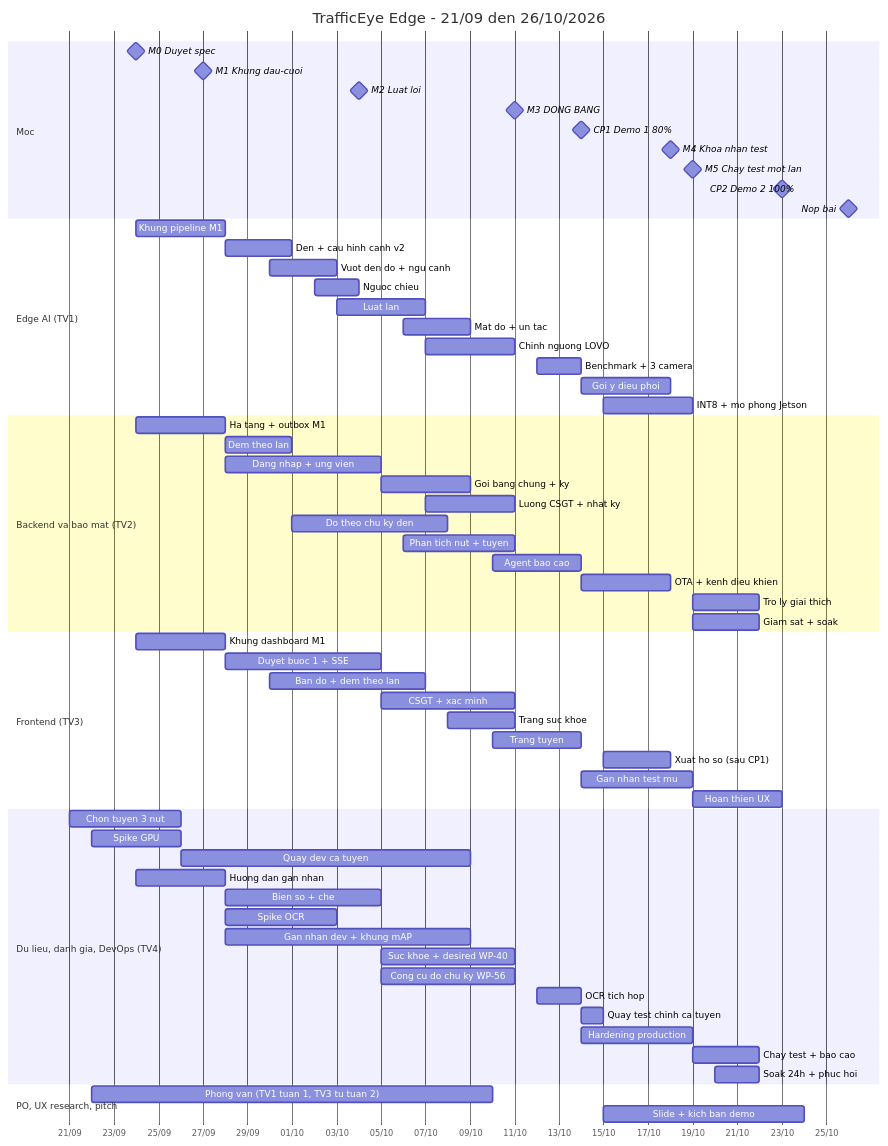
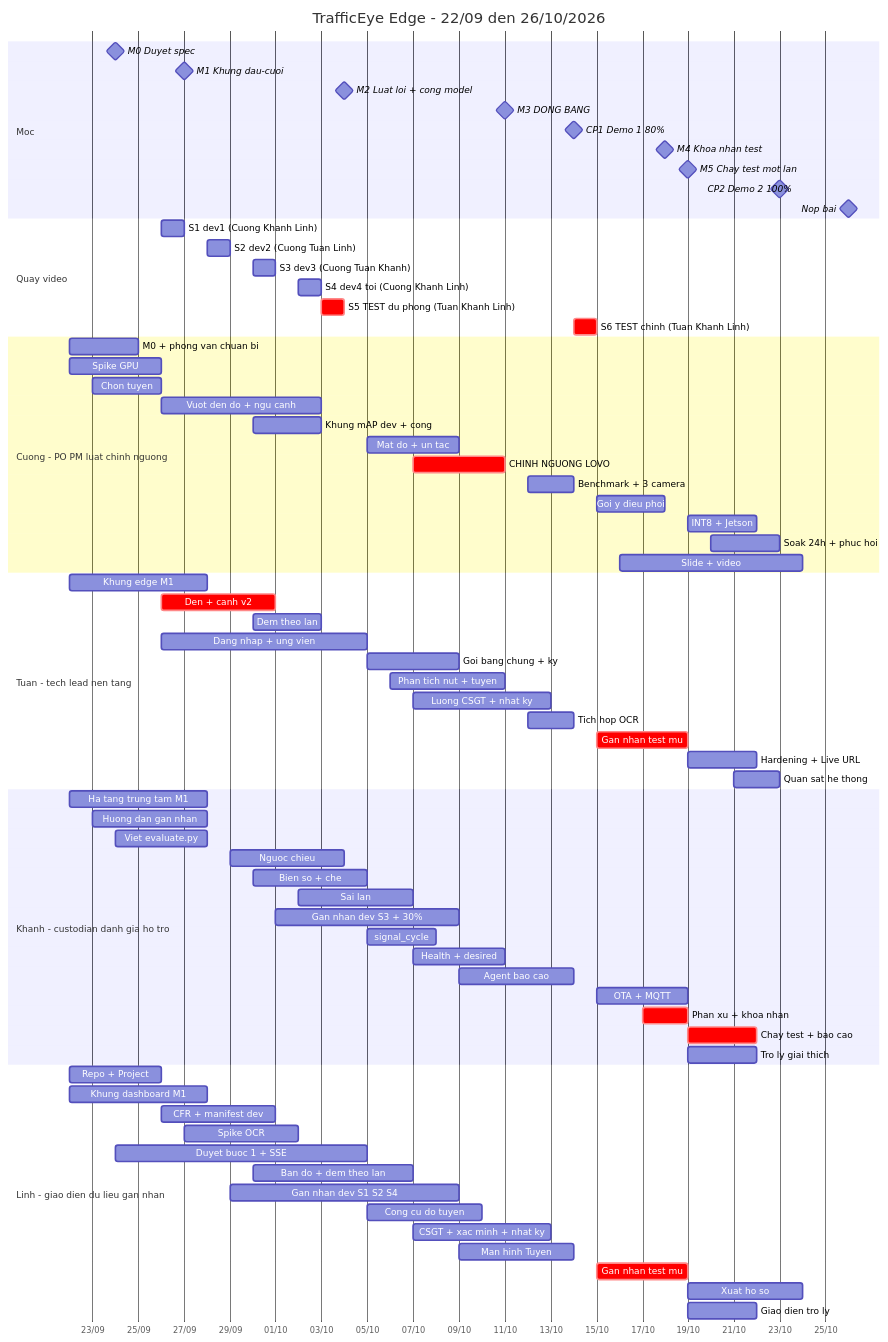
The diagram in docs/plan/timeline.md (NguyenTuan-UET/roadwatch_copilot), drawn with Mermaid before and after one commit. The commit also changed other lines of this file and 16 other files, not shown here.

Commit message:
docs: update timeline v3.0 with task allocations, spec v1.0 updates, and competitor analysis

````diff
--- a/docs/plan/timeline.md
+++ b/docs/plan/timeline.md
@@ -66,13 +86,13 @@
 ```mermaid
 gantt
-  title TrafficEye Edge - 21/09 den 26/10/2026
+  title TrafficEye Edge - 22/09 den 26/10/2026
   dateFormat YYYY-MM-DD
   axisFormat %d/%m
 
   section Moc
   M0 Duyet spec             :milestone, m0, 2026-09-24, 0d
   M1 Khung dau-cuoi         :milestone, m1, 2026-09-27, 0d
-  M2 Luat loi               :milestone, m2, 2026-10-04, 0d
+  M2 Luat loi + cong model  :milestone, m2, 2026-10-04, 0d
   M3 DONG BANG              :milestone, m3, 2026-10-11, 0d
   CP1 Demo 1 80%            :milestone, c1, 2026-10-14, 0d
   M4 Khoa nhan test         :milestone, m4, 2026-10-18, 0d
@@ -80,59 +100,69 @@
   CP2 Demo 2 100%           :milestone, c2, 2026-10-23, 0d
   Nop bai                   :milestone, m8, 2026-10-26, 0d
 
-  section Edge AI (TV1)
-  Khung pipeline M1         :e1, 2026-09-24, 4d
-  Den + cau hinh canh v2    :e2, 2026-09-28, 3d
-  Vuot den do + ngu canh    :e3, 2026-09-30, 3d
-  Nguoc chieu               :e4, 2026-10-02, 2d
-  Luat lan                  :e5, 2026-10-03, 4d
-  Mat do + un tac           :e6, 2026-10-06, 3d
-  Chinh nguong LOVO         :e7, 2026-10-07, 4d
-  Benchmark + 3 camera      :e8, 2026-10-12, 2d
-  Goi y dieu phoi           :e9, 2026-10-14, 4d
-  INT8 + mo phong Jetson    :e10, 2026-10-15, 4d
+  section Quay video
+  S1 dev1 (Cuong Khanh Linh)        :q1, 2026-09-26, 1d
+  S2 dev2 (Cuong Tuan Linh)         :q2, 2026-09-28, 1d
+  S3 dev3 (Cuong Tuan Khanh)        :q3, 2026-09-30, 1d
+  S4 dev4 toi (Cuong Khanh Linh)    :q4, 2026-10-02, 1d
+  S5 TEST du phong (Tuan Khanh Linh):crit, q5, 2026-10-03, 1d
+  S6 TEST chinh (Tuan Khanh Linh)   :crit, q6, 2026-10-14, 1d
 
-  section Backend va bao mat (TV2)
-  Ha tang + outbox M1       :b1, 2026-09-24, 4d
-  Dem theo lan              :b2, 2026-09-28, 3d
-  Dang nhap + ung vien      :b3, 2026-09-28, 7d
-  Goi bang chung + ky       :b4, 2026-10-05, 4d
-  Luong CSGT + nhat ky      :b5, 2026-10-07, 4d
-  Do theo chu ky den        :b10, 2026-10-01, 7d
-  Phan tich nut + tuyen     :b11, 2026-10-06, 5d
-  Agent bao cao             :b6, 2026-10-10, 4d
-  OTA + kenh dieu khien     :b7, 2026-10-14, 4d
-  Tro ly giai thich         :b8, 2026-10-19, 3d
-  Giam sat + soak           :b9, 2026-10-19, 3d
+  section Cuong - PO PM luat chinh nguong
+  M0 + phong van chuan bi   :c01, 2026-09-22, 3d
+  Spike GPU                 :c02, 2026-09-22, 4d
+  Chon tuyen                :c03, 2026-09-23, 3d
+  Vuot den do + ngu canh    :c04, 2026-09-26, 7d
+  Khung mAP dev + cong      :c05, 2026-09-30, 3d
+  Mat do + un tac           :c06, 2026-10-05, 4d
+  CHINH NGUONG LOVO         :crit, c07, 2026-10-07, 4d
+  Benchmark + 3 camera      :c08, 2026-10-12, 2d
+  Goi y dieu phoi           :c09, 2026-10-15, 3d
+  INT8 + Jetson             :c10, 2026-10-19, 3d
+  Soak 24h + phuc hoi       :c11, 2026-10-20, 3d
+  Slide + video             :c12, 2026-10-16, 8d
 
-  section Frontend (TV3)
-  Khung dashboard M1        :f1, 2026-09-24, 4d
-  Duyet buoc 1 + SSE        :f2, 2026-09-28, 7d
-  Ban do + dem theo lan     :f3, 2026-09-30, 7d
-  CSGT + xac minh           :f4, 2026-10-05, 6d
-  Trang suc khoe            :f5, 2026-10-08, 3d
-  Trang tuyen               :f9, 2026-10-10, 4d
-  Xuat ho so (sau CP1)      :f6, 2026-10-15, 3d
-  Gan nhan test mu          :f7, 2026-10-14, 5d
-  Hoan thien UX             :f8, 2026-10-19, 4d
+  section Tuan - tech lead nen tang
+  Khung edge M1             :t01, 2026-09-22, 6d
+  Den + canh v2             :crit, t02, 2026-09-26, 5d
+  Dem theo lan              :t03, 2026-09-30, 3d
+  Dang nhap + ung vien      :t04, 2026-09-26, 9d
+  Goi bang chung + ky       :t05, 2026-10-05, 4d
+  Phan tich nut + tuyen     :t06, 2026-10-06, 5d
+  Luong CSGT + nhat ky      :t07, 2026-10-07, 6d
+  Tich hop OCR              :t08, 2026-10-12, 2d
+  Gan nhan test mu          :crit, t09, 2026-10-15, 4d
+  Hardening + Live URL      :t10, 2026-10-19, 3d
+  Quan sat he thong         :t11, 2026-10-21, 2d
 
-  section Du lieu, danh gia, DevOps (TV4)
-  Chon tuyen 3 nut          :d1, 2026-09-21, 5d
-  Spike GPU                 :d0, 2026-09-22, 4d
-  Quay dev ca tuyen         :d2, 2026-09-26, 13d
-  Huong dan gan nhan        :d3, 2026-09-24, 4d
-  Bien so + che             :d4, 2026-09-28, 7d
-  Spike OCR                 :d5, 2026-09-28, 5d
-  Gan nhan dev + khung mAP  :d6, 2026-09-28, 11d
-  Suc khoe + desired WP-40  :d12, 2026-10-05, 6d
-  Cong cu do chu ky WP-56   :d13, 2026-10-05, 6d
-  OCR tich hop              :d7, 2026-10-12, 2d
-  Quay test chinh ca tuyen  :d8, 2026-10-14, 1d
-  Hardening production      :d9, 2026-10-14, 5d
-  Chay test + bao cao       :d10, 2026-10-19, 3d
-  Soak 24h + phuc hoi       :d11, 2026-10-20, 2d
+  section Khanh - custodian danh gia ho tro
+  Ha tang trung tam M1      :k01, 2026-09-22, 6d
+  Huong dan gan nhan        :k02, 2026-09-23, 5d
+  Viet evaluate.py          :k14, 2026-09-24, 4d
+  Nguoc chieu               :k03, 2026-09-29, 5d
+  Bien so + che             :k04, 2026-09-30, 5d
+  Sai lan                   :k05, 2026-10-02, 5d
+  Gan nhan dev S3 + 30%     :k06, 2026-10-01, 8d
+  signal_cycle              :k07, 2026-10-05, 3d
+  Health + desired          :k08, 2026-10-07, 4d
+  Agent bao cao             :k09, 2026-10-09, 5d
+  OTA + MQTT                :k10, 2026-10-15, 4d
+  Phan xu + khoa nhan       :crit, k11, 2026-10-17, 2d
+  Chay test + bao cao       :crit, k12, 2026-10-19, 3d
+  Tro ly giai thich         :k13, 2026-10-19, 3d
 
-  section PO, UX research, pitch
-  Phong van (TV1 tuan 1, TV3 tu tuan 2) :p1, 2026-09-22, 18d
-  Slide + kich ban demo     :p2, 2026-10-15, 9d
+  section Linh - giao dien du lieu gan nhan
+  Repo + Project            :l01, 2026-09-22, 4d
+  Khung dashboard M1        :l02, 2026-09-22, 6d
+  CFR + manifest dev        :l03, 2026-09-26, 5d
+  Spike OCR                 :l04, 2026-09-27, 5d
+  Duyet buoc 1 + SSE        :l05, 2026-09-24, 11d
+  Ban do + dem theo lan     :l06, 2026-09-30, 7d
+  Gan nhan dev S1 S2 S4     :l07, 2026-09-29, 10d
+  Cong cu do tuyen          :l08, 2026-10-05, 5d
+  CSGT + xac minh + nhat ky :l09, 2026-10-07, 6d
+  Man hinh Tuyen            :l10, 2026-10-09, 5d
+  Gan nhan test mu          :crit, l11, 2026-10-15, 4d
+  Xuat ho so                :l12, 2026-10-19, 5d
+  Giao dien tro ly          :l13, 2026-10-19, 3d
 ```
````
